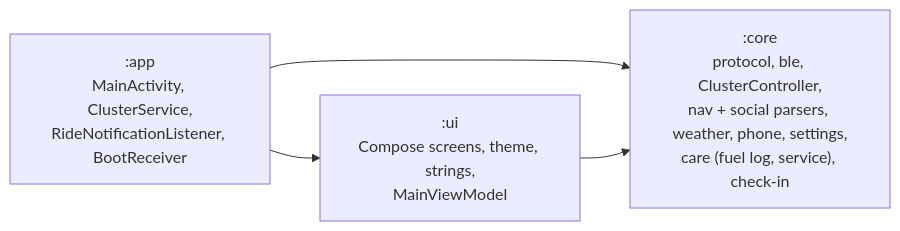
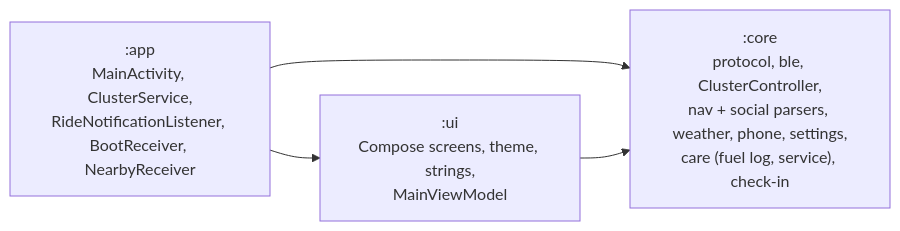
One commit to aiyu-ayaan/RideLink changed the first of 5 diagrams in development/docs/ARCHITECTURE.md. Above: the diagram before and after it, drawn with Mermaid. The commit also changed 5 other files, not shown here.

Commit message:
app(Service) : Wake ride session when the paired scooter advertises nearby

````diff
--- a/development/docs/ARCHITECTURE.md
+++ b/development/docs/ARCHITECTURE.md
@@ -5,9 +5,9 @@
 ```mermaid
 graph LR
-    app[":app<br/>MainActivity, ClusterService,<br/>RideNotificationListener, BootReceiver"]
+    app[":app<br/>MainActivity, ClusterService,<br/>RideNotificationListener, BootReceiver, NearbyReceiver"]
     ui[":ui<br/>Compose screens, theme, strings,<br/>MainViewModel"]
     core[":core<br/>protocol, ble, ClusterController,<br/>nav + social parsers, weather, phone, settings,<br/>care (fuel log, service), check-in"]
     app --> ui
     app --> core
     ui --> core
 ```
````
